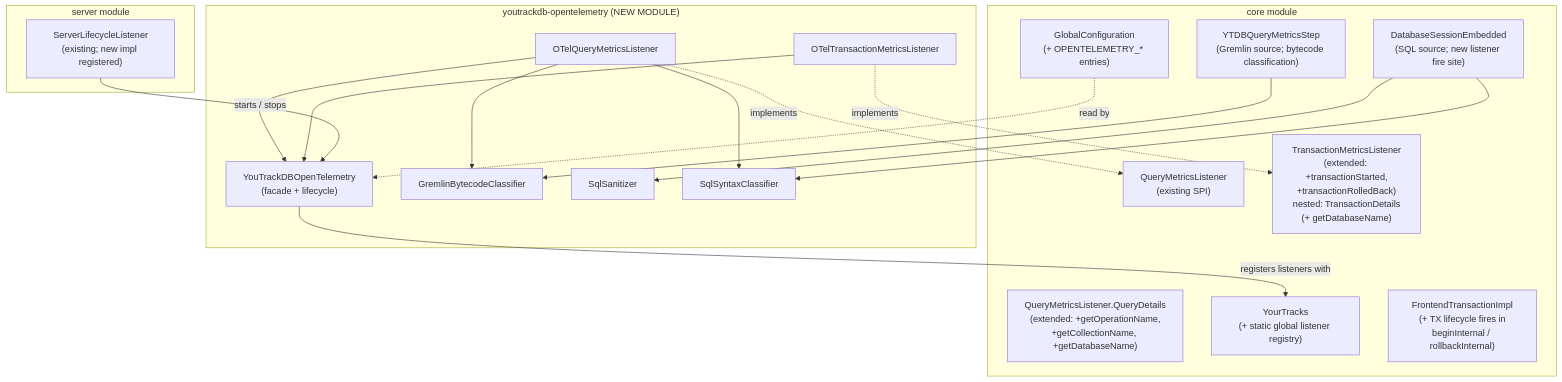
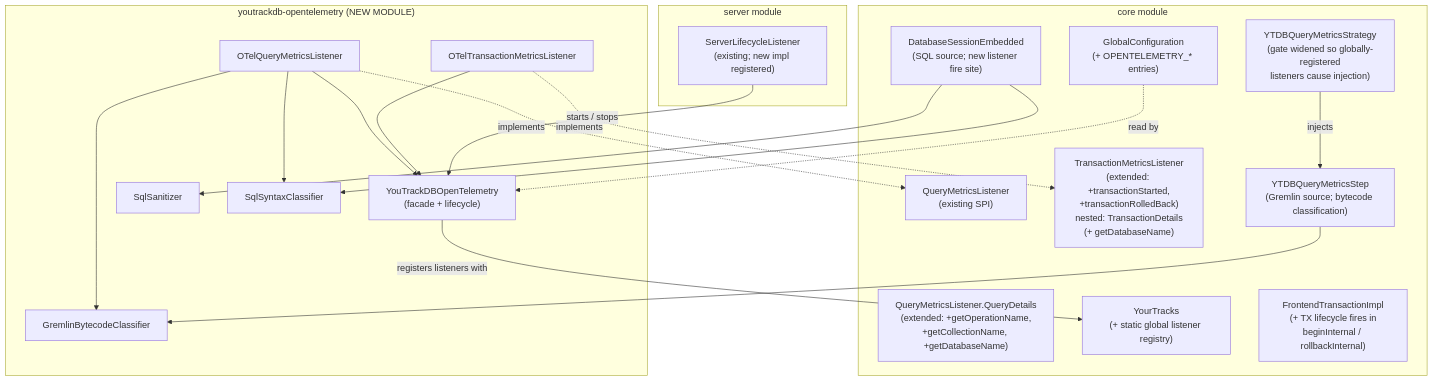
One commit to JetBrains/youtrackdb changed the diagram in docs/adr/ytdb-496-opentelemetry-support/_workflow/implementation-plan.md. Above: the diagram before and after it, drawn with Mermaid. The commit also changed other lines of this file and 4 other files, not shown here.

````diff
--- a/docs/adr/ytdb-496-opentelemetry-support/_workflow/implementation-plan.md
+++ b/docs/adr/ytdb-496-opentelemetry-support/_workflow/implementation-plan.md
@@ -30,39 +30,41 @@
 ```mermaid
 flowchart TB
     subgraph core["core module"]
         QML["QueryMetricsListener<br/>(existing SPI)"]
         TML["TransactionMetricsListener<br/>(extended: +transactionStarted,<br/>+transactionRolledBack)<br/>nested: TransactionDetails<br/>(+ getDatabaseName)"]
         QD["QueryMetricsListener.QueryDetails<br/>(extended: +getOperationName,<br/>+getCollectionName, +getDatabaseName)"]
         YOU["YourTracks<br/>(+ static global listener registry)"]
         TX["FrontendTransactionImpl<br/>(+ TX lifecycle fires in<br/>beginInternal / rollbackInternal)"]
         STEP["YTDBQueryMetricsStep<br/>(Gremlin source; bytecode classification)"]
+        STRAT["YTDBQueryMetricsStrategy<br/>(gate widened so globally-registered<br/>listeners cause injection)"]
         DSE["DatabaseSessionEmbedded<br/>(SQL source; new listener fire site)"]
         GC["GlobalConfiguration<br/>(+ OPENTELEMETRY_* entries)"]
     end
 
     subgraph server["server module"]
         SLL["ServerLifecycleListener<br/>(existing; new impl registered)"]
     end
 
     subgraph otel["youtrackdb-opentelemetry (NEW MODULE)"]
         OTQ["OTelQueryMetricsListener"]
         OTT["OTelTransactionMetricsListener"]
         FAC["YouTrackDBOpenTelemetry<br/>(facade + lifecycle)"]
         GCLS["GremlinBytecodeClassifier"]
         SQLS["SqlSanitizer"]
         SCLS["SqlSyntaxClassifier"]
     end
 
     OTQ -.implements.-> QML
     OTT -.implements.-> TML
     OTQ --> GCLS
     OTQ --> SCLS
     OTQ --> FAC
     OTT --> FAC
     FAC -- "registers listeners with" --> YOU
     SLL -- "starts / stops" --> FAC
     STEP --> GCLS
+    STRAT -- "injects" --> STEP
     DSE --> SQLS
     DSE --> SCLS
     GC -. read by .-> FAC
 ```
````
